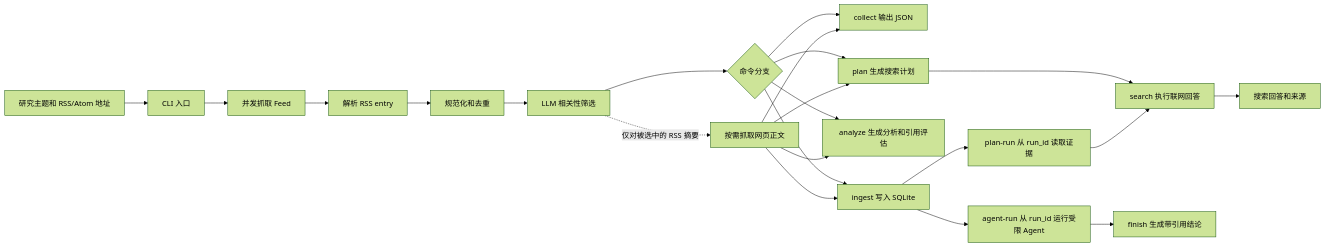
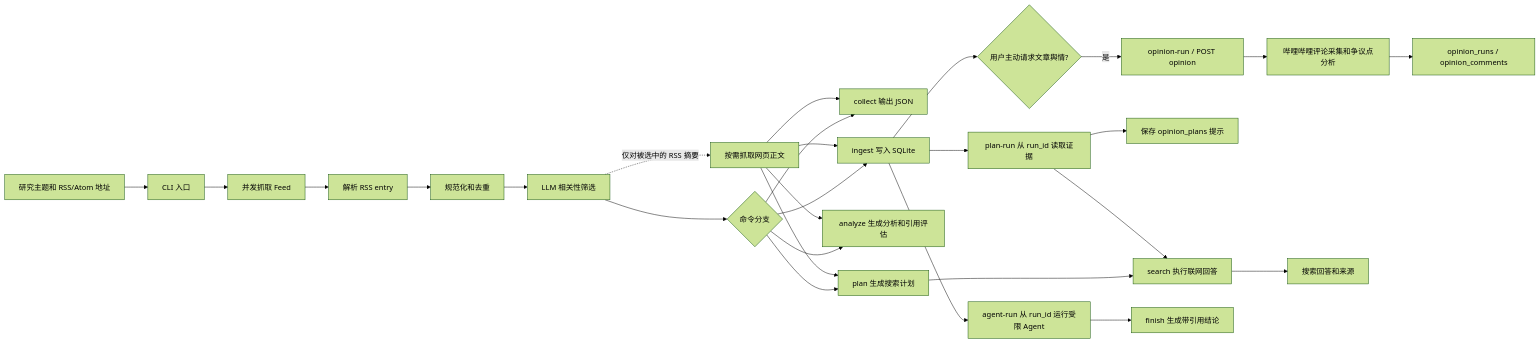
The first of 2 diagrams in projectFlow.md (Ita-Hloks/InformationAgent), drawn with Mermaid (forest theme) before and after one commit. The commit also changed other lines of this file and 28 other files, not shown here.

````diff
--- a/projectFlow.md
+++ b/projectFlow.md
@@ -18,26 +18,31 @@
 ```mermaid
 flowchart LR
     A[研究主题和 RSS/Atom 地址] --> B[CLI 入口]
     B --> C[并发抓取 Feed]
     C --> D[解析 RSS entry]
     D --> E[规范化和去重]
     E --> F[LLM 相关性筛选]
     F --> G{命令分支}
 
     G --> H[collect 输出 JSON]
     G --> I[ingest 写入 SQLite]
     G --> J[analyze 生成分析和引用评估]
     G --> K[plan 生成搜索计划]
     I --> L[plan-run 从 run_id 读取证据]
     I --> M[agent-run 从 run_id 运行受限 Agent]
+    I --> R{用户主动请求文章舆情?}
+    R -->|是| S[opinion-run / POST opinion]
+    S --> T[哔哩哔哩评论采集和争议点分析]
+    T --> U[opinion_runs / opinion_comments]
+    L --> V[保存 opinion_plans 提示]
     K --> N[search 执行联网回答]
     L --> N
     M --> O[finish 生成带引用结论]
     N --> P[搜索回答和来源]
 
     F -. 仅对被选中的 RSS 摘要 .-> Q[按需抓取网页正文]
     Q --> H
     Q --> I
     Q --> J
     Q --> K
 ```
````
